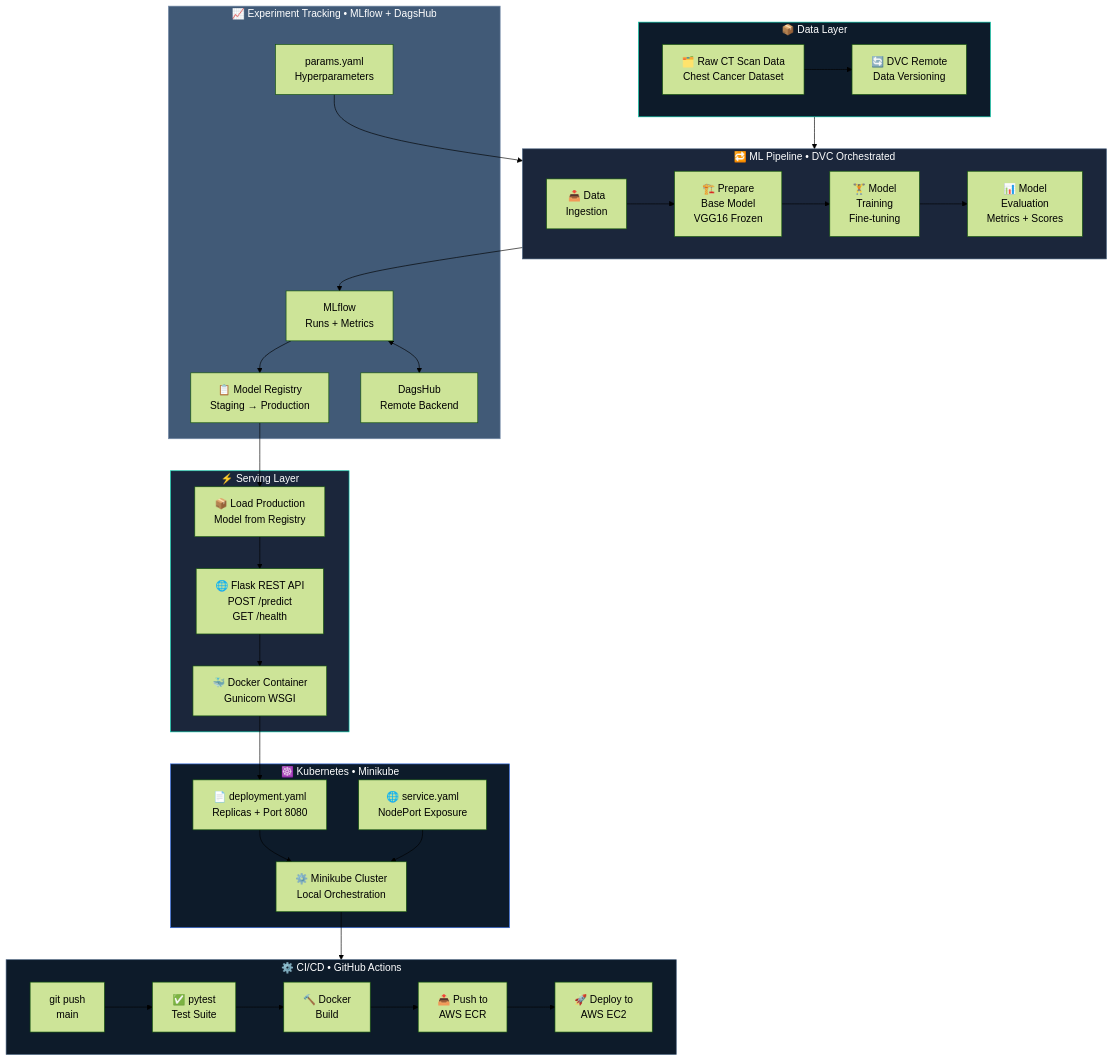
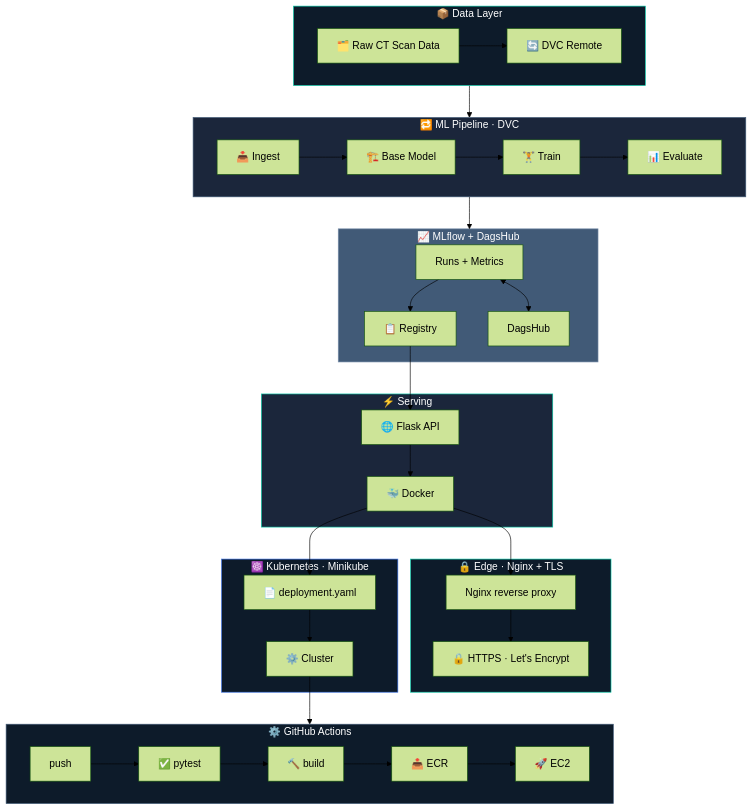
Before and after one commit to omarhatem44/End-to-end-Chest-Cancer-Classification-: the first of 5 diagrams in README.md, drawn with Mermaid (forest theme). The commit also changed other lines of this file, not shown here.

````diff
--- a/README.md
+++ b/README.md
@@ -92,68 +133,36 @@
 ```mermaid
 flowchart TB
     subgraph DATA["📦  Data Layer"]
-        RAW["🗂️ Raw CT Scan Data\nChest Cancer Dataset"]
-        DVC_STORE["🔄 DVC Remote\nData Versioning"]
-        RAW --> DVC_STORE
+        RAW["🗂️ Raw CT Scan Data"] --> DVC_STORE["🔄 DVC Remote"]
     end
-
-    subgraph PIPELINE["🔁  ML Pipeline  •  DVC Orchestrated"]
+    subgraph PIPELINE["🔁  ML Pipeline · DVC"]
         direction LR
-        INGEST["📥 Data\nIngestion"]
-        BASE["🏗️ Prepare\nBase Model\nVGG16 Frozen"]
-        TRAIN["🏋️ Model\nTraining\nFine-tuning"]
-        EVAL["📊 Model\nEvaluation\nMetrics + Scores"]
-
-        INGEST --> BASE --> TRAIN --> EVAL
+        INGEST["📥 Ingest"] --> BASE["🏗️ Base Model"] --> TRAIN["🏋️ Train"] --> EVAL["📊 Evaluate"]
     end
-
-    subgraph TRACKING["📈  Experiment Tracking  •  MLflow + DagsHub"]
-        MLFLOW["MLflow\nRuns + Metrics"]
-        REGISTRY["📋 Model Registry\nStaging → Production"]
-        DAGSHUB["DagsHub\nRemote Backend"]
-        PARAMS["params.yaml\nHyperparameters"]
-
-        PARAMS --> TRAIN
-        TRAIN --> MLFLOW
-        MLFLOW --> REGISTRY
-        MLFLOW <--> DAGSHUB
+    subgraph TRACKING["📈  MLflow + DagsHub"]
+        MLFLOW["Runs + Metrics"] --> REGISTRY["📋 Registry"]
+        MLFLOW <--> DAGSHUB["DagsHub"]
     end
-
-    subgraph SERVING["⚡  Serving Layer"]
-        FLASK["🌐 Flask REST API\nPOST /predict\nGET /health"]
-        MODEL_LOAD["📦 Load Production\nModel from Registry"]
-        DOCKER["🐳 Docker Container\nGunicorn WSGI"]
-
-        REGISTRY --> MODEL_LOAD --> FLASK --> DOCKER
+    subgraph SERVING["⚡  Serving"]
+        REGISTRY --> FLASK["🌐 Flask API"] --> DOCKER["🐳 Docker"]
     end
-
-    subgraph K8S["☸️  Kubernetes  •  Minikube"]
-        DEPLOY_K8S["📄 deployment.yaml\nReplicas + Port 8080"]
-        SVC["🌐 service.yaml\nNodePort Exposure"]
-        MINIKUBE["⚙️ Minikube Cluster\nLocal Orchestration"]
-
-        DOCKER --> DEPLOY_K8S --> MINIKUBE
-        SVC --> MINIKUBE
+    subgraph EDGE["🔒  Edge · Nginx + TLS"]
+        DOCKER --> NGINX["Nginx reverse proxy"] --> HTTPS["🔒 HTTPS · Let's Encrypt"]
     end
-
-    subgraph CICD["⚙️  CI/CD  •  GitHub Actions"]
+    subgraph K8S["☸️  Kubernetes · Minikube"]
+        DOCKER --> DEPLOY_K8S["📄 deployment.yaml"] --> MINIKUBE["⚙️ Cluster"]
+    end
+    subgraph CICD["⚙️  GitHub Actions"]
         direction LR
-        PUSH["git push\nmain"]
-        TEST["✅ pytest\nTest Suite"]
-        BUILD["🔨 Docker\nBuild"]
-        ECR["📤 Push to\nAWS ECR"]
-        DEPLOY["🚀 Deploy to\nAWS EC2"]
-
-        PUSH --> TEST --> BUILD --> ECR --> DEPLOY
+        PUSH["push"] --> TEST["✅ pytest"] --> BUILD["🔨 build"] --> ECR["📤 ECR"] --> DEPLOY["🚀 EC2"]
     end
-
-    DATA --> PIPELINE
+    DATA --> PIPELINE --> TRACKING
     MINIKUBE --> CICD
-
     style DATA fill:#0d1b2a,stroke:#00c9a7,color:#fff
     style PIPELINE fill:#1b263b,stroke:#415a77,color:#fff
     style TRACKING fill:#415a77,stroke:#778da9,color:#fff
     style SERVING fill:#1b263b,stroke:#00c9a7,color:#fff
+    style EDGE fill:#0d1b2a,stroke:#00c9a7,color:#fff
     style K8S fill:#0d1b2a,stroke:#326CE5,color:#fff
     style CICD fill:#0d1b2a,stroke:#415a77,color:#fff
 ```
````
